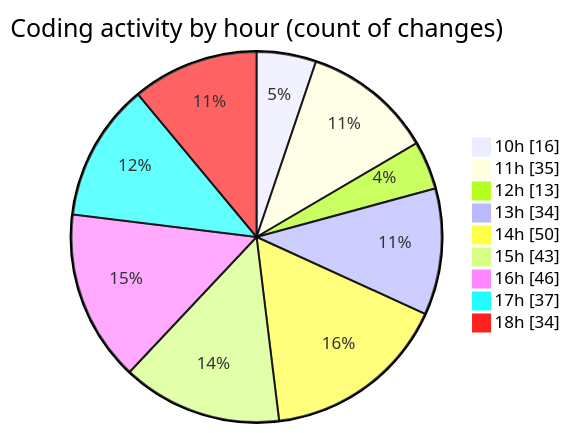
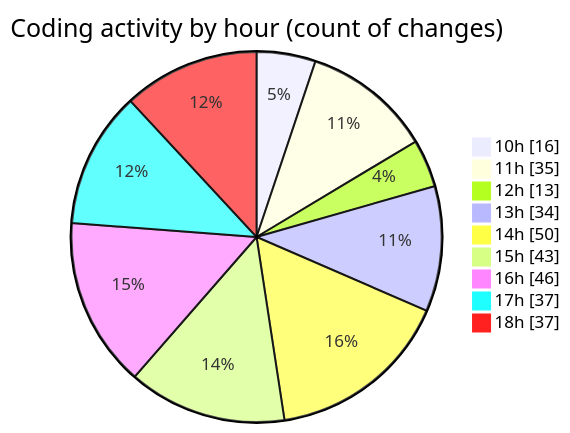
Before and after one commit to charlie-sans/code-tracking: the second of 2 diagrams in 2025-02-20/micros/README.md, drawn with Mermaid. The commit also changed other lines of this file and 1 other file, not shown here.

````diff
--- a/2025-02-20/micros/README.md
+++ b/2025-02-20/micros/README.md
@@ -83,13 +83,13 @@
 ```mermaid
 pie showData
 title Coding activity by hour (count of changes)
 "10h" : 16
 "11h" : 35
 "12h" : 13
 "13h" : 34
 "14h" : 50
 "15h" : 43
 "16h" : 46
 "17h" : 37
-"18h" : 34
+"18h" : 37
 ```
````
